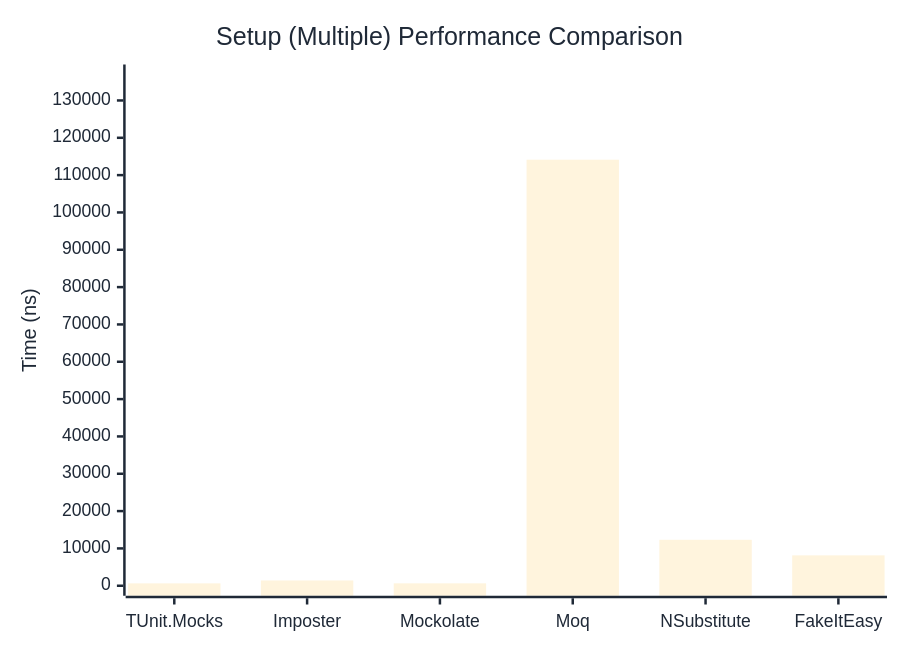
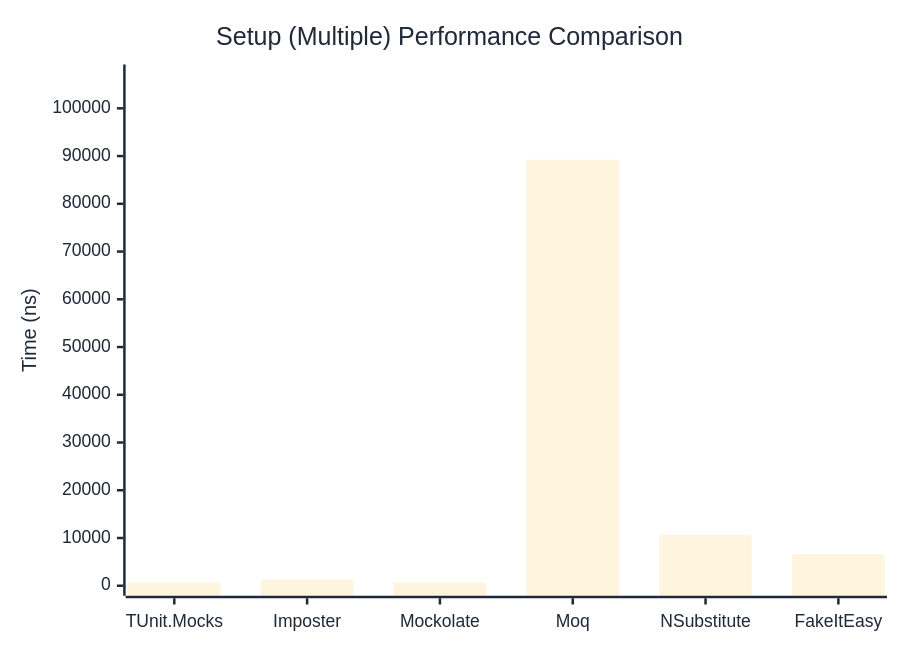
Before and after one commit to thomhurst/TUnit: the second of 2 diagrams in docs/docs/benchmarks/mocks/Setup.md, drawn with Mermaid. The commit also changed other lines of this file and 14 other files, not shown here.

````diff
--- a/docs/docs/benchmarks/mocks/Setup.md
+++ b/docs/docs/benchmarks/mocks/Setup.md
@@ -69,27 +69,27 @@
 ```mermaid
 %%{init: {
   'theme':'base',
   'themeVariables': {
     'primaryColor': '#2563eb',
     'primaryTextColor': '#1f2937',
     'primaryBorderColor': '#1e40af',
     'lineColor': '#6b7280',
     'secondaryColor': '#7c3aed',
     'tertiaryColor': '#dc2626',
     'background': '#ffffff',
     'pie1': '#2563eb',
     'pie2': '#7c3aed',
     'pie3': '#dc2626',
     'pie4': '#f59e0b',
     'pie5': '#10b981',
     'pie6': '#06b6d4',
     'pie7': '#ec4899',
     'pie8': '#6366f1'
   }
 }}%%
 xychart-beta
   title "Setup (Multiple) Performance Comparison"
   x-axis ["TUnit.Mocks", "Imposter", "Mockolate", "Moq", "NSubstitute", "FakeItEasy"]
-  y-axis "Time (ns)" 0 --> 136954
-  bar [636.4, 1409.7, 644.7, 114127.6, 12312.4, 8144.3]
+  y-axis "Time (ns)" 0 --> 107087
+  bar [637.8, 1319.4, 645.4, 89238.5, 10605, 6621.2]
 ```
````
